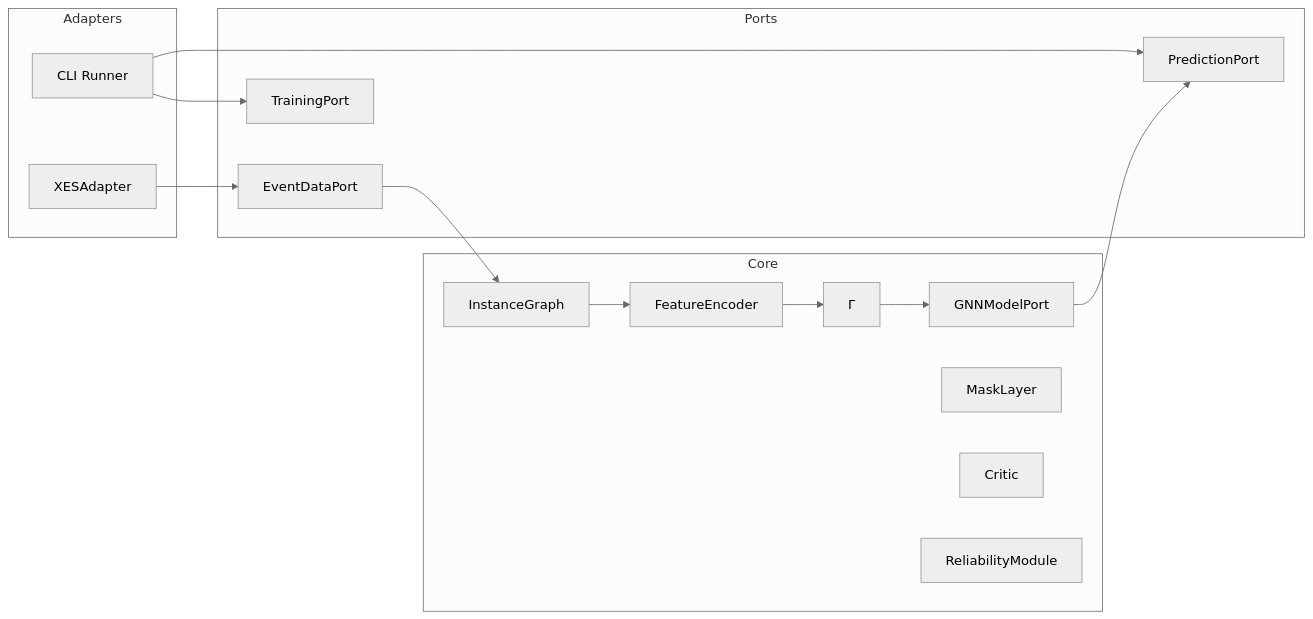
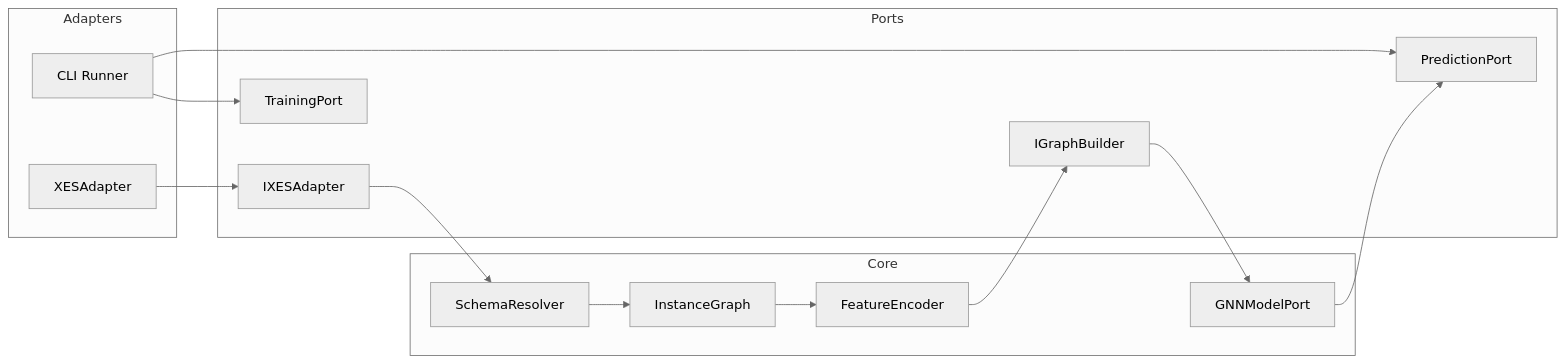
The second of 5 diagrams in ARCHITECTURE_MVP1.MD (ghsrg/bpm_prediction), drawn with Mermaid (neutral theme) before and after one commit. The commit also changed other lines of this file and 20 other files, not shown here.

Commit message:
docs: restore key mermaid schemas in architecture, flows, and data model

````diff
--- a/ARCHITECTURE_MVP1.MD
+++ b/ARCHITECTURE_MVP1.MD
@@ -109,33 +76,32 @@
 ```mermaid
 flowchart LR
     subgraph Core
+        Resolver[SchemaResolver]
         Graph[InstanceGraph]
         Encoder[FeatureEncoder]
-        Fusion[Γ]
         Model[GNNModelPort]
-        Mask[MaskLayer]
-        Critic[Critic]
-        Reliability[ReliabilityModule]
     end
 
     subgraph Ports
-        DataPort[EventDataPort]
+        DataPort[IXESAdapter]
         TrainPort[TrainingPort]
         PredictPort[PredictionPort]
+        GraphPort[IGraphBuilder]
     end
 
     subgraph Adapters
         XESAdapter[XESAdapter]
         CLIAdapter[CLI Runner]
     end
 
     XESAdapter --> DataPort
     CLIAdapter --> TrainPort
     CLIAdapter --> PredictPort
 
-    DataPort --> Graph
+    DataPort --> Resolver
+    Resolver --> Graph
     Graph --> Encoder
-    Encoder --> Fusion
-    Fusion --> Model
+    Encoder --> GraphPort
+    GraphPort --> Model
     Model --> PredictPort
 ```
````
